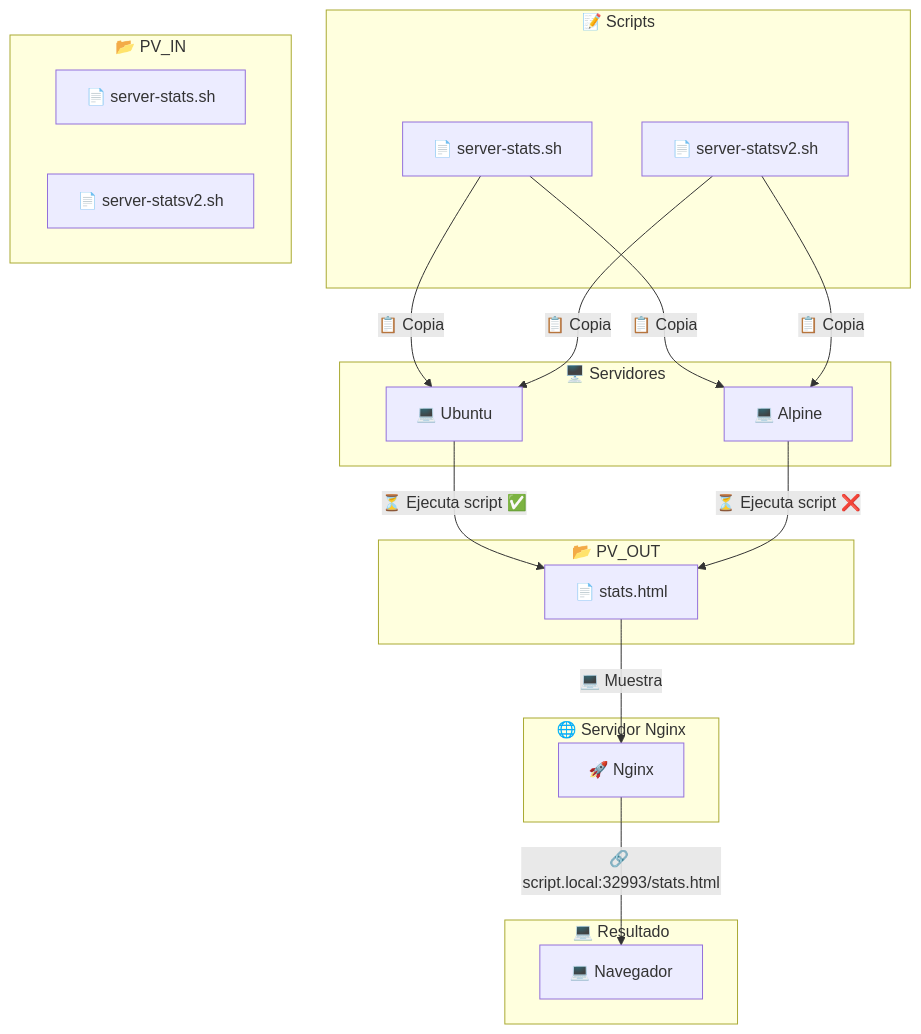
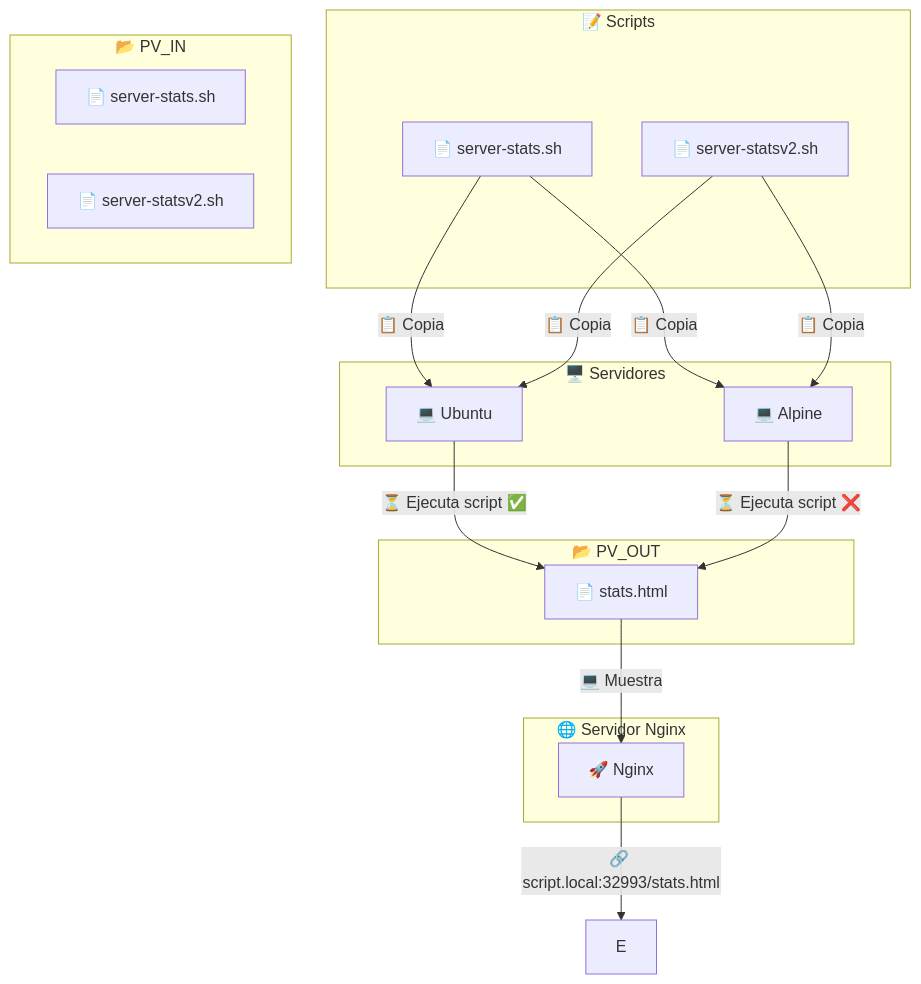
Before and after one commit to donas11/https-roadmap.sh-projects-server-stats: the second of 2 diagrams in SchemeServerIdea.md, drawn with Mermaid. The commit also changed other lines of this file, not shown here.

````diff
--- a/SchemeServerIdea.md
+++ b/SchemeServerIdea.md
@@ -46,45 +53,43 @@
 ```mermaid
 graph TD;
     subgraph Servidor["🖥️ Servidores"]
         S1["💻 Ubuntu"];
         S2["💻 Alpine"];
     end
 
     subgraph Scripts["📝 Scripts"]
         F1["📄 server-stats.sh"];
         F2["📄 server-statsv2.sh"];
     end
 
     subgraph Persist_volumen_IN["📂 PV_IN"]
         I1["📄 server-stats.sh"];
         I2["📄 server-statsv2.sh"];
     end
 
     subgraph Persist_volumen_OUT["📂 PV_OUT"]
         O["📄 stats.html"];
     end
 
     subgraph Nginx_Server["🌐 Servidor Nginx"]
         N["🚀 Nginx"];
     end
 
     
-    subgraph Navegador["💻  Resultado"]
-        E["💻 Navegador"];
-    end;
+   
 
     %% Copia los scripts a los servidores
     F1 -->|📋 Copia| S1 
     F1 -->|📋 Copia| S2 
     F2 -->|📋 Copia| S1 
     F2 -->|📋 Copia| S2 
 
     %% Ejecución de scripts en servidores
     S1 -->|⏳ Ejecuta script ✅| O
     S2 -->|⏳ Ejecuta script ❌| O
 
     %% Nginx muestra la página
     O -->|💻 Muestra| N
     N -->|🔗 script.local:32993/stats.html|E
 
 ```
````
